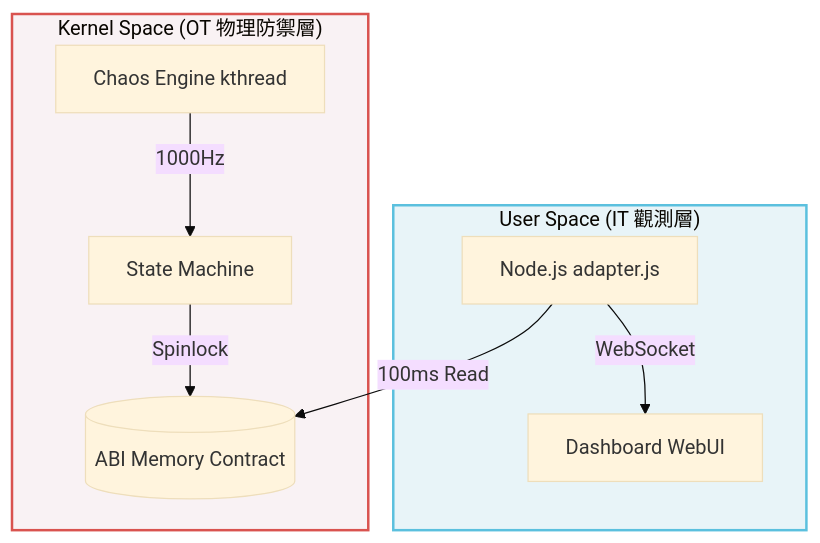
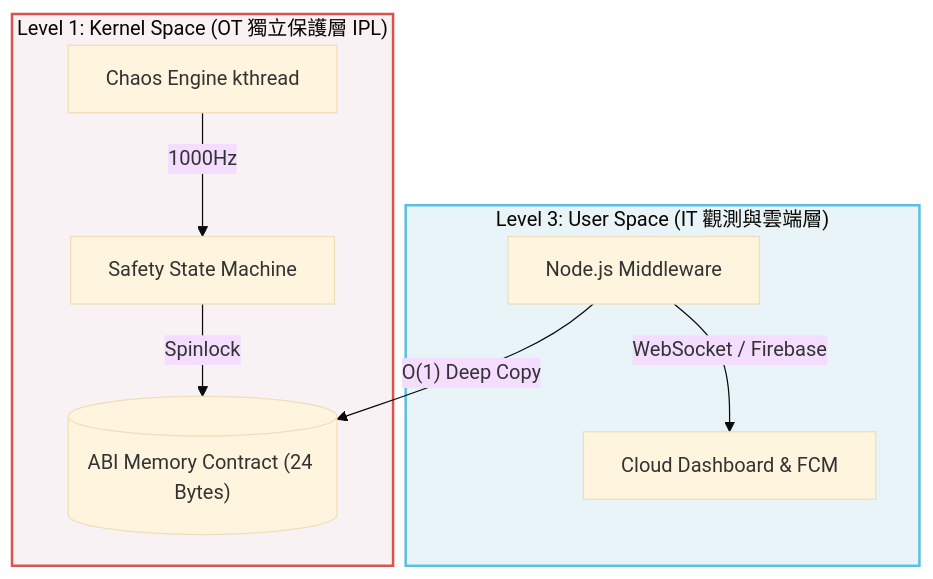
One commit to yilerler/hard-realtime-edge-stack changed the diagram in README.md. Above: the diagram before and after it, drawn with Mermaid (base theme). The commit also changed other lines of this file, not shown here.

First line of the commit message:
Revise README for Edge IPL PoC project

````diff
--- a/README.md
+++ b/README.md
@@ -28,15 +27,15 @@
 ```mermaid
 graph TD
-    subgraph OT_Layer ["Kernel Space (OT 物理防禦層)"]
-        CE["Chaos Engine kthread"] -- "1000Hz" --> SM["State Machine"]
-        SM -- "Spinlock" --> ABI[("ABI Memory Contract")]
+    subgraph OT_Layer ["Level 1: Kernel Space (OT 獨立保護層 IPL)"]
+        CE["Chaos Engine kthread"] -- "1000Hz" --> SM["Safety State Machine"]
+        SM -- "Spinlock" --> ABI[("ABI Memory Contract (24 Bytes)")]
     end
 
-    subgraph IT_Layer ["User Space (IT 觀測層)"]
-        NODE["Node.js adapter.js"] -- "100ms Read" --> ABI
-        NODE -- "WebSocket" --> UI["Dashboard WebUI"]
+    subgraph IT_Layer ["Level 3: User Space (IT 觀測與雲端層)"]
+        NODE["Node.js Middleware"] -- "O(1) Deep Copy" --> ABI
+        NODE -- "WebSocket / Firebase" --> UI["Cloud Dashboard & FCM"]
     end
 
     style OT_Layer fill:#f9f2f4,stroke:#d9534f,stroke-width:2px
     style IT_Layer fill:#e8f4f8,stroke:#5bc0de,stroke-width:2px
 ```    
````
